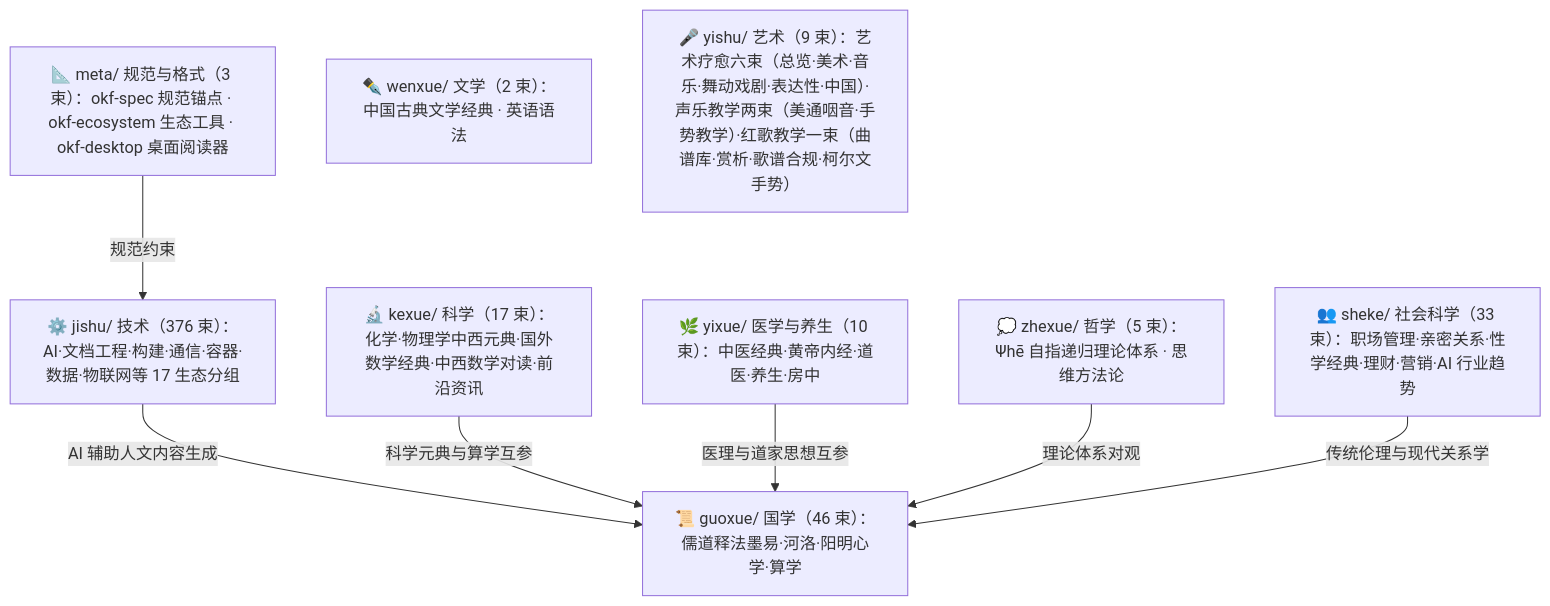
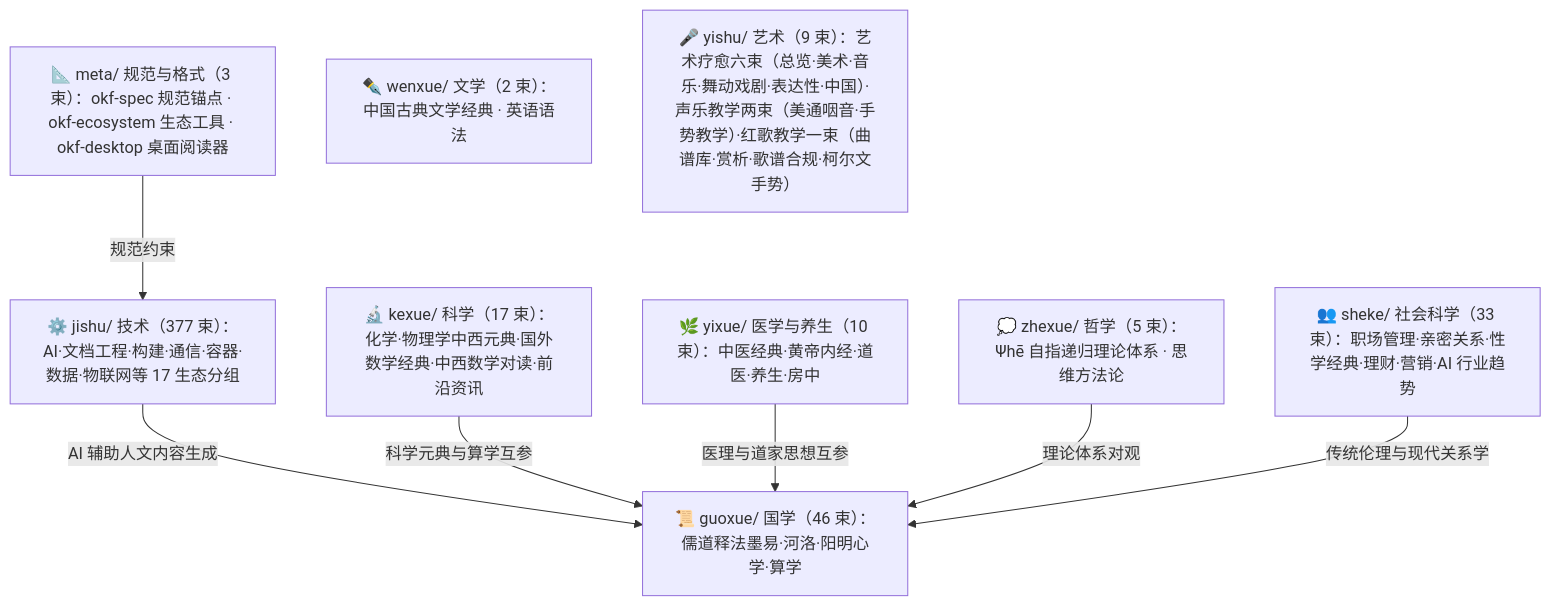
One commit to awesome-flexloop/awesome-okf changed the diagram in doc/bundles/index.md. Above: the diagram before and after it, drawn with Mermaid. The commit also changed other lines of this file and 18 other files, not shown here.

````diff
--- a/doc/bundles/index.md
+++ b/doc/bundles/index.md
@@ -21,18 +21,18 @@
 ```mermaid
 flowchart TD
     meta["📐 meta/ 规范与格式（3 束）：okf-spec 规范锚点 · okf-ecosystem 生态工具 · okf-desktop 桌面阅读器"]
     guoxue["📜 guoxue/ 国学（46 束）：儒道释法墨易·河洛·阳明心学·算学"]
     zhexue["💭 zhexue/ 哲学（5 束）：Ψhē 自指递归理论体系 · 思维方法论"]
     kexue["🔬 kexue/ 科学（17 束）：化学·物理学中西元典·国外数学经典·中西数学对读·前沿资讯"]
     wenxue["✒️ wenxue/ 文学（2 束）：中国古典文学经典 · 英语语法"]
     yixue["🌿 yixue/ 医学与养生（10 束）：中医经典·黄帝内经·道医·养生·房中"]
     sheke["👥 sheke/ 社会科学（33 束）：职场管理·亲密关系·性学经典·理财·营销·AI 行业趋势"]
     yishu["🎤 yishu/ 艺术（9 束）：艺术疗愈六束（总览·美术·音乐·舞动戏剧·表达性·中国）·声乐教学两束（美通咽音·手势教学）·红歌教学一束（曲谱库·赏析·歌谱合规·柯尔文手势）"]
-    jishu["⚙️ jishu/ 技术（376 束）：AI·文档工程·构建·通信·容器·数据·物联网等 17 生态分组"]
+    jishu["⚙️ jishu/ 技术（377 束）：AI·文档工程·构建·通信·容器·数据·物联网等 17 生态分组"]
     meta -->|"规范约束"| jishu
     jishu -->|"AI 辅助人文内容生成"| guoxue
     kexue -->|"科学元典与算学互参"| guoxue
     yixue -->|"医理与道家思想互参"| guoxue
     zhexue -->|"理论体系对观"| guoxue
     sheke -->|"传统伦理与现代关系学"| guoxue
 ```
````
